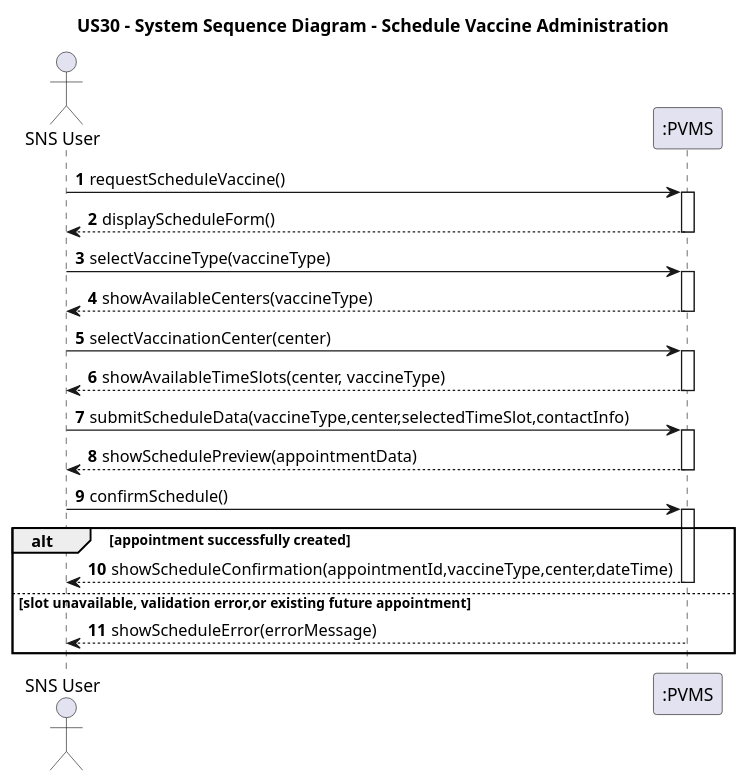
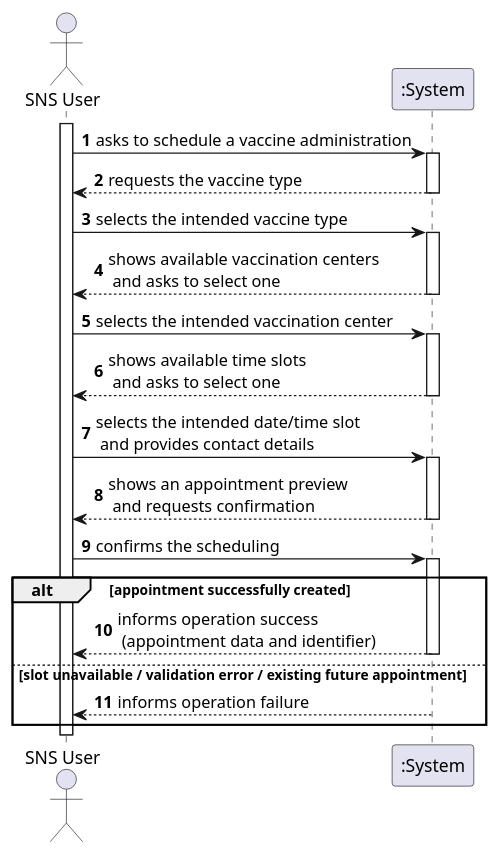
One commit to luluisfcm/leti-esoft-25-26-B5 changed the diagram in docs/system-documentation/US30/puml/US30-SSD.puml. Above: the diagram before and after it, drawn with PlantUML. The commit also changed other lines of this file and 19 other files, not shown here.

```diff
--- a/docs/system-documentation/US30/puml/US30-SSD.puml
+++ b/docs/system-documentation/US30/puml/US30-SSD.puml
@@ -2,35 +1,32 @@
 @startuml
-title US30 - System Sequence Diagram - Schedule Vaccine Administration
+'title US30 – System Sequence Diagram – Schedule Vaccine Administration
 
 autoactivate on
 autonumber
 
 actor "SNS User" as SNSUser
-participant ":PVMS" as System
+participant ":System" as System
 
-' 1. User accesses scheduling feature
-SNSUser -> System: requestScheduleVaccine()
-System --> SNSUser: displayScheduleForm()
+activate SNSUser
 
-' 2. User selects vaccine type
-SNSUser -> System: selectVaccineType(vaccineType)
-System --> SNSUser: showAvailableCenters(vaccineType)
+SNSUser -> System: asks to schedule a vaccine administration
+System --> SNSUser: requests the vaccine type
 
-' 3. User selects vaccination center
-SNSUser -> System: selectVaccinationCenter(center)
-System --> SNSUser: showAvailableTimeSlots(center, vaccineType)
+SNSUser -> System: selects the intended vaccine type
+System --> SNSUser: shows available vaccination centers \n and asks to select one
 
-' 4. User selects date/time slot and provides contact details
-SNSUser -> System: submitScheduleData(vaccineType,center,selectedTimeSlot,contactInfo)
-System --> SNSUser: showSchedulePreview(appointmentData)
+SNSUser -> System: selects the intended vaccination center
+System --> SNSUser: shows available time slots \n and asks to select one
 
-' 5. User confirms scheduling
-SNSUser -> System: confirmSchedule()
+SNSUser -> System: selects the intended date/time slot \n and provides contact details
+System --> SNSUser: shows an appointment preview \n and requests confirmation
+
+SNSUser -> System: confirms the scheduling
 
 alt appointment successfully created
-    System --> SNSUser: showScheduleConfirmation(appointmentId,vaccineType,center,dateTime)
-else slot unavailable, validation error,or existing future appointment
-    System --> SNSUser: showScheduleError(errorMessage)
+  System --> SNSUser: informs operation success \n (appointment data and identifier)
+else slot unavailable / validation error / existing future appointment
+  System --> SNSUser: informs operation failure
 end
 
 @enduml
```
